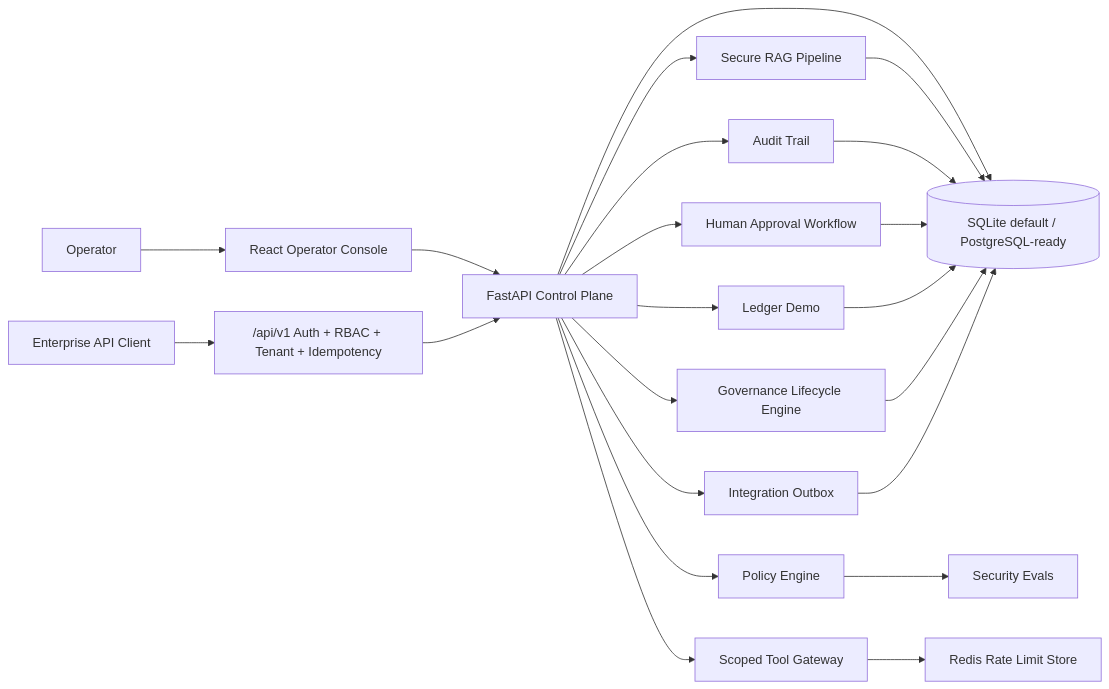
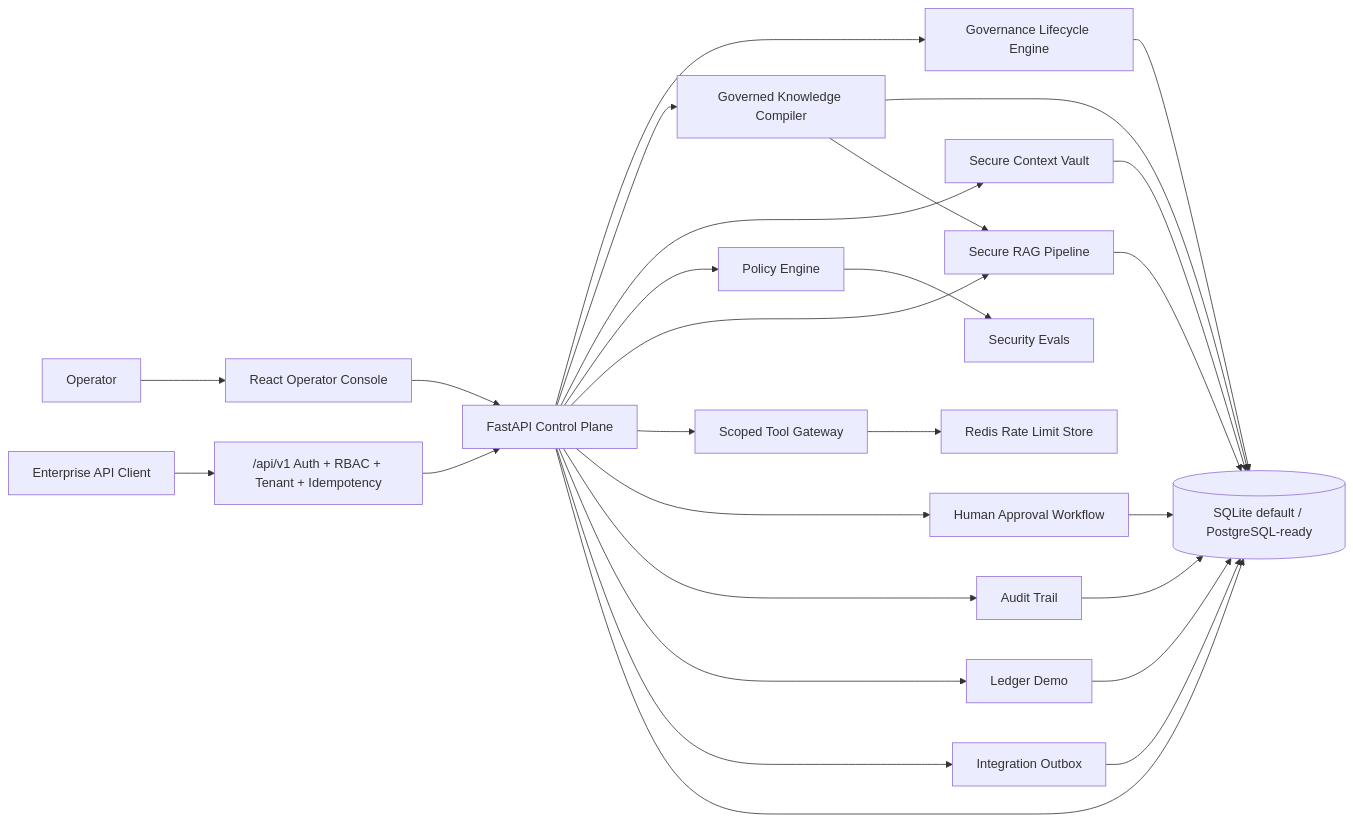
One commit to danieloza/regulated-ai-agent-platform changed the diagram in README.md. Above: the diagram before and after it, drawn with Mermaid. The commit also changed other lines of this file and 16 other files, not shown here.

Commit message:
Add governed LLM wiki and secure context vault

````diff
--- a/README.md
+++ b/README.md
@@ -219,24 +225,29 @@
 ```mermaid
 flowchart LR
   Operator["Operator"] --> UI["React Operator Console"]
   Client["Enterprise API Client"] --> Gateway["/api/v1 Auth + RBAC + Tenant + Idempotency"]
   UI --> API["FastAPI Control Plane"]
   Gateway --> API
   API --> Lifecycles["Governance Lifecycle Engine"]
+  API --> Knowledge["Governed Knowledge Compiler"]
+  API --> Context["Secure Context Vault"]
   API --> Policy["Policy Engine"]
   API --> RAG["Secure RAG Pipeline"]
   API --> Tools["Scoped Tool Gateway"]
   API --> Approvals["Human Approval Workflow"]
   API --> Audit["Audit Trail"]
   API --> Ledger["Ledger Demo"]
   API --> Outbox["Integration Outbox"]
   Tools --> Redis["Redis Rate Limit Store"]
   API --> DB[("SQLite default / PostgreSQL-ready")]
   RAG --> DB
   Audit --> DB
   Approvals --> DB
   Ledger --> DB
   Lifecycles --> DB
+  Knowledge --> DB
+  Context --> DB
+  Knowledge --> RAG
   Outbox --> DB
   Policy --> Evals["Security Evals"]
 ```
````
